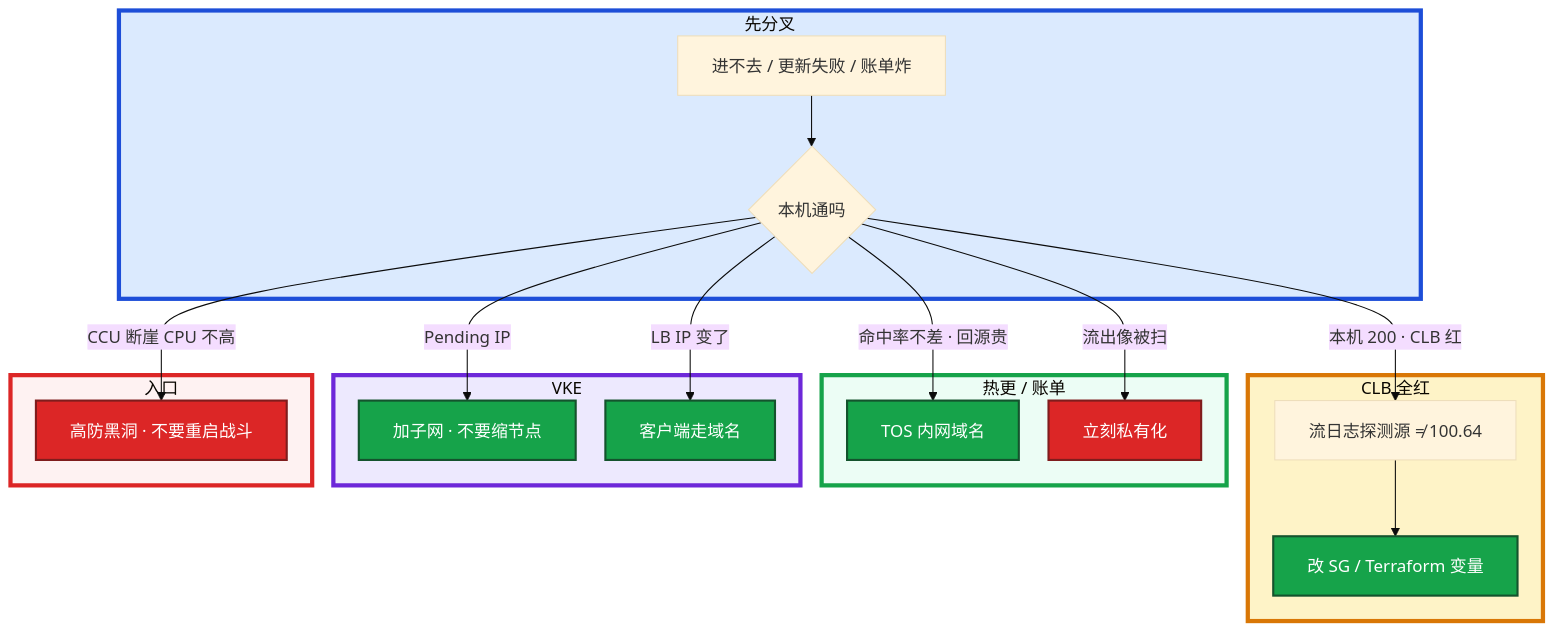
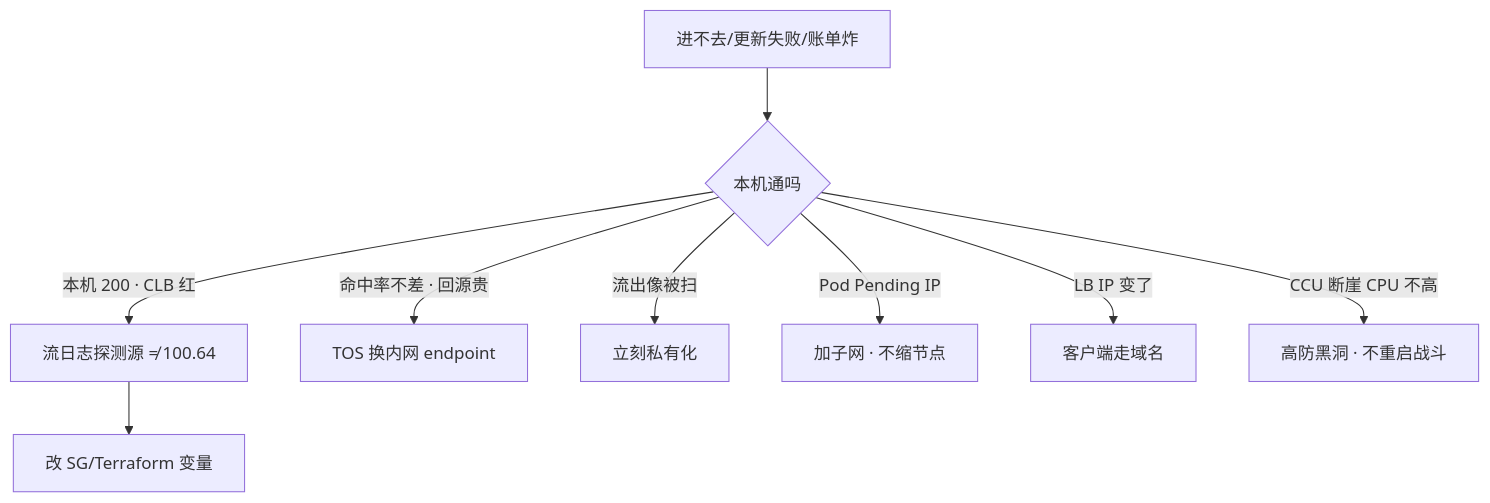
Before and after one commit to ml-cuizijun/LearnToLilith: the fifth of 5 diagrams in 06-云平台/08-火山引擎生产/知识点.md, drawn with Mermaid. The commit also changed other lines of this file and 470 other files, not shown here.

````diff
--- a/06-云平台/08-火山引擎生产/知识点.md
+++ b/06-云平台/08-火山引擎生产/知识点.md
@@ -399,37 +399,11 @@
 ```mermaid
-%%{init: {"flowchart": {"padding": 16, "nodeSpacing": 28, "rankSpacing": 48}, "theme": "base"}}%%
 flowchart TB
-    subgraph gate ["先分叉"]
-        A[进不去 / 更新失败 / 账单炸] --> B{本机通吗}
-    end
-
-    subgraph clb ["CLB 全红"]
-        B -->|本机 200 · CLB 红| C[流日志探测源 ≠ 100.64]
-        C --> D[改 SG / Terraform 变量]
-    end
-
-    subgraph tos ["热更 / 账单"]
-        B -->|命中率不差 · 回源贵| E[TOS 内网域名]
-        B -->|流出像被扫| F[立刻私有化]
-    end
-
-    subgraph vke ["VKE"]
-        B -->|Pending IP| G[加子网 · 不要缩节点]
-        B -->|LB IP 变了| H[客户端走域名]
-    end
-
-    subgraph ddos ["入口"]
-        B -->|CCU 断崖 CPU 不高| I[高防黑洞 · 不要重启战斗]
-    end
-
-    classDef bad fill:#DC2626,stroke:#7F1D1D,stroke-width:2px,color:#fff
-    classDef ok fill:#16A34A,stroke:#14532D,stroke-width:2px,color:#fff
-    class F,I bad
-    class D,E,G,H ok
-
-    style gate fill:#DBEAFE,stroke:#1D4ED8,stroke-width:4px
-    style clb fill:#FEF3C7,stroke:#D97706,stroke-width:4px
-    style tos fill:#ECFDF5,stroke:#16A34A,stroke-width:4px
-    style vke fill:#EDE9FE,stroke:#6D28D9,stroke-width:4px
-    style ddos fill:#FEF2F2,stroke:#DC2626,stroke-width:4px
+    A["进不去/更新失败/账单炸"] --> B{"本机通吗"}
+    B -->|"本机 200 · CLB 红"| C["流日志探测源 ≠ 100.64"]
+    C --> D["改 SG/Terraform 变量"]
+    B -->|"命中率不差 · 回源贵"| E["TOS 换内网 endpoint"]
+    B -->|"流出像被扫"| F["立刻私有化"]
+    B -->|"Pod Pending IP"| G["加子网 · 不缩节点"]
+    B -->|"LB IP 变了"| H["客户端走域名"]
+    B -->|"CCU 断崖 CPU 不高"| I["高防黑洞 · 不重启战斗"]
 ```
````
